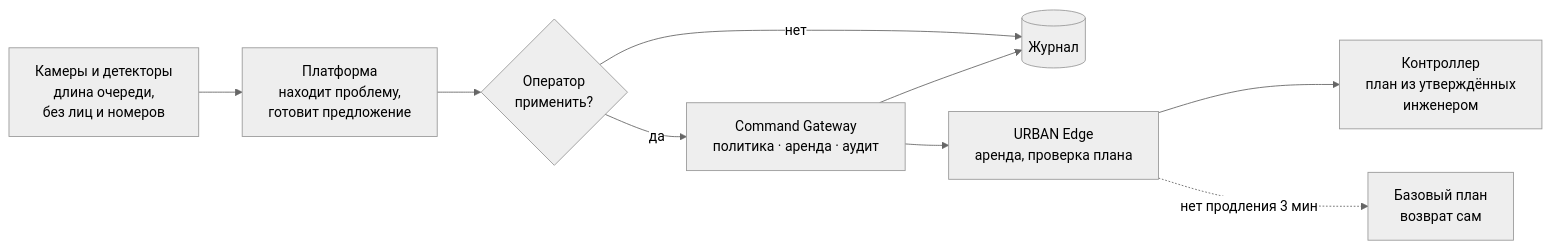
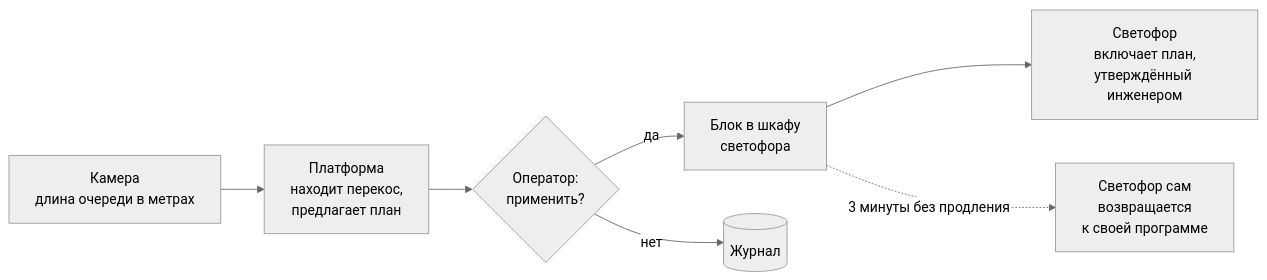
The diagram in README.md (phant0mcyber01-hud/URBAN-system_demo), drawn with Mermaid (neutral theme) before and after one commit. The commit also changed other lines of this file, not shown here.

````diff
--- a/README.md
+++ b/README.md
@@ -35,11 +48,9 @@
 ```mermaid
 flowchart LR
-    cam["Камеры и детекторы<br/>длина очереди,<br/>без лиц и номеров"] --> ai["Платформа<br/>находит проблему,<br/>готовит предложение"]
-    ai --> op{"Оператор<br/>применить?"}
-    op -- да --> gw["Command Gateway<br/>политика · аренда · аудит"]
+    cam["Камера<br/>длина очереди в метрах"] --> ai["Платформа<br/>находит перекос,<br/>предлагает план"]
+    ai --> op{"Оператор:<br/>применить?"}
+    op -- да --> edge["Блок в шкафу<br/>светофора"]
     op -- нет --> log[("Журнал")]
-    gw --> edge["URBAN Edge<br/>аренда, проверка плана"]
-    edge --> tl["Контроллер<br/>план из утверждённых<br/>инженером"]
-    edge -. "нет продления 3 мин" .-> base["Базовый план<br/>возврат сам"]
-    gw --> log
+    edge --> tl["Светофор<br/>включает план,<br/>утверждённый инженером"]
+    edge -. "3 минуты без продления" .-> back["Светофор сам<br/>возвращается<br/>к своей программе"]
 ```
````
